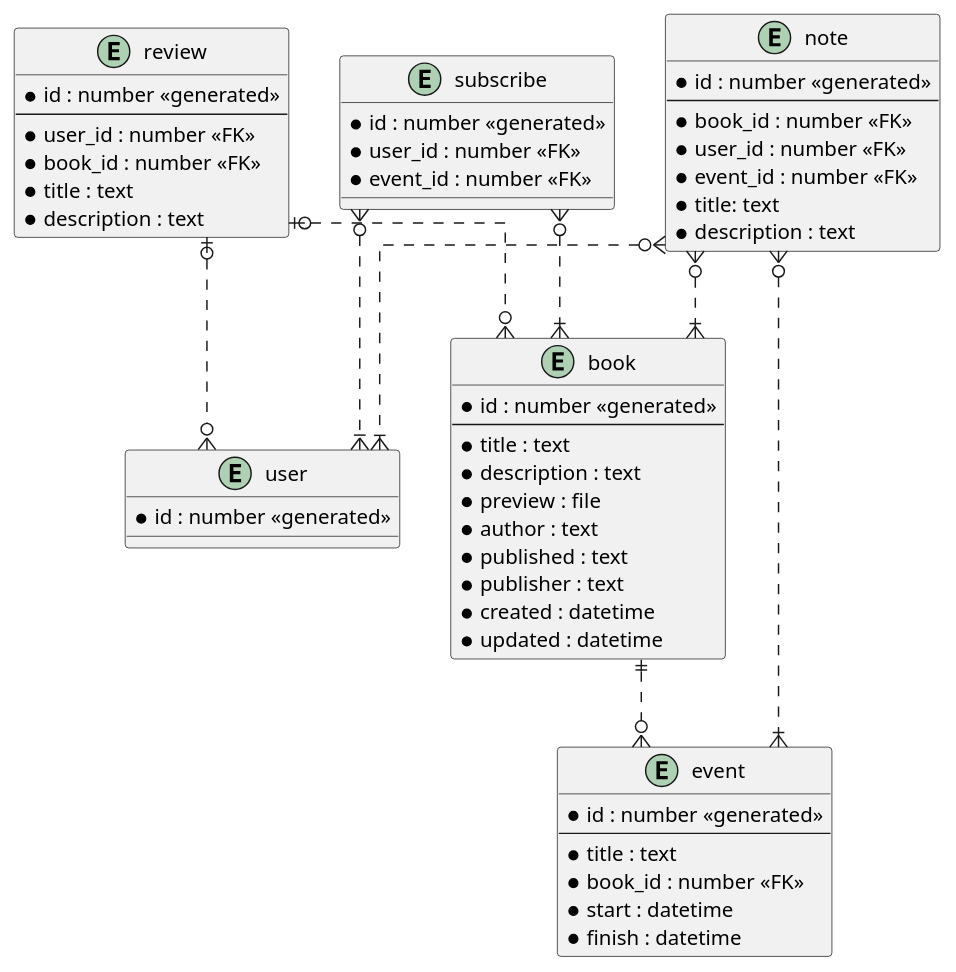
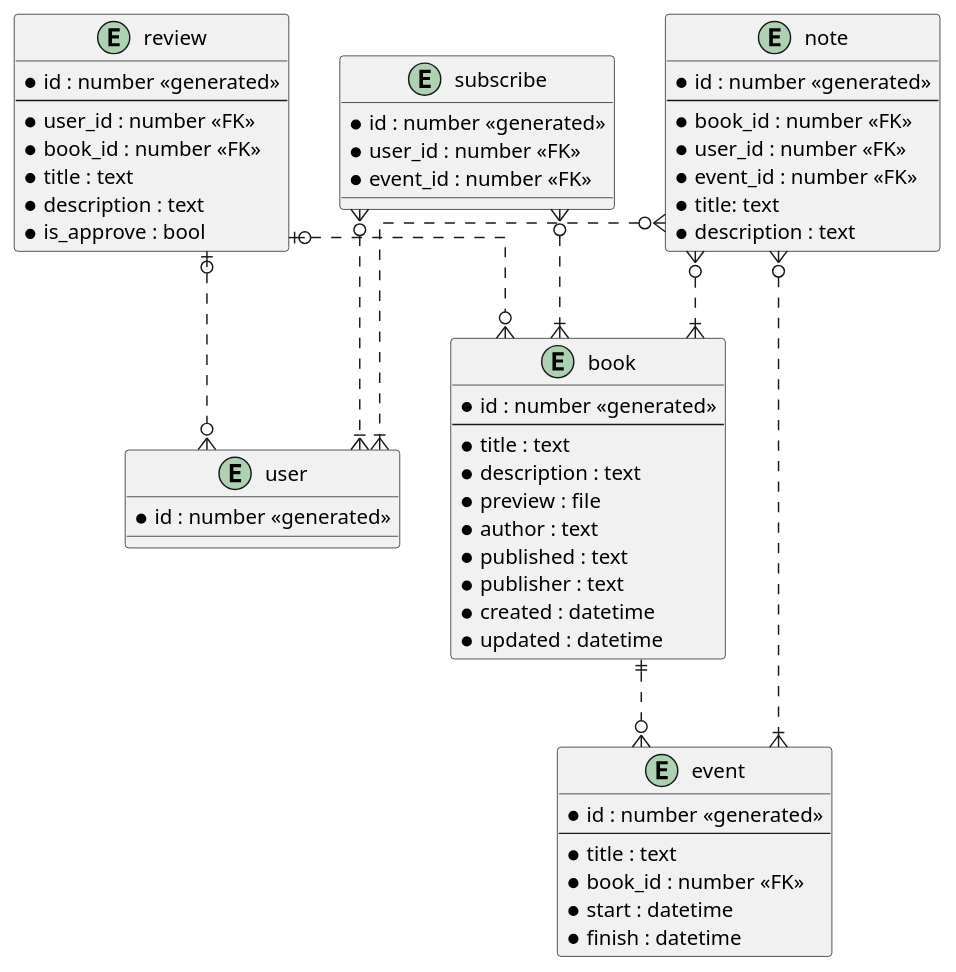
Before and after one commit to kiberden/final_work: the diagram in documents/database_relation.puml, drawn with PlantUML.

Commit message:
Поправил punml схему

```diff
--- a/documents/database_relation.puml
+++ b/documents/database_relation.puml
@@ -1,72 +1,73 @@
 @startuml
 
 ' hide the spot
 ' hide circle
 
 ' avoid problems with angled crows feet
 skinparam linetype ortho
 
 entity "book" as book {
   *id : number <<generated>>
   --
   *title : text
   *description : text
   *preview : file
   *author : text
   *published : text
   *publisher : text
   *created : datetime
   *updated : datetime
 }
 
 entity "user" as user {
     *id : number <<generated>>
 }
 
 entity "event" as event {
   *id : number <<generated>>
   --
   *title : text
   *book_id : number <<FK>>
   *start : datetime
   *finish : datetime
 }
 
 entity "subscribe" as subscribe {
     *id : number <<generated>>
     *user_id : number <<FK>>
     *event_id : number <<FK>>
 }
 
 entity "note" as note {
   *id : number <<generated>>
   --
   *book_id : number <<FK>>
   *user_id : number <<FK>>
   *event_id : number <<FK>>
   *title: text
   *description : text
 }
 
 entity "review" as review {
   *id : number <<generated>>
   --
   *user_id : number <<FK>>
   *book_id : number <<FK>>
   *title : text
   *description : text
+  *is_approve : bool
 }
 
 book ||..o{ event
 
 subscribe }o..|{ user
 subscribe }o..|{ book
 
 note }o..|{ book
 note }o..|{ user
 note }o..|{ event
 
 review |o..o{ book
 review |o..o{ user
 
 @enduml
```
